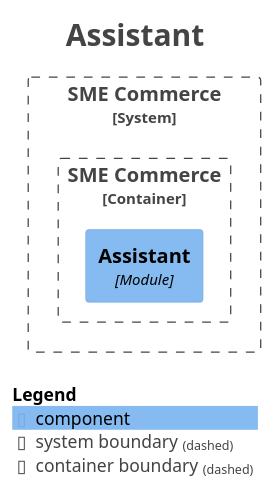
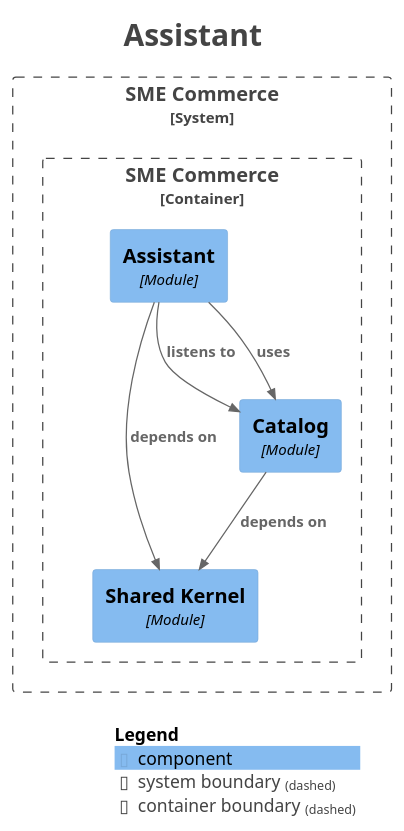
One commit to hezronokwach/sme-commerce-platform changed the diagram in docs/modules/module-assistant.puml. Above: the diagram before and after it, drawn with PlantUML. The commit also changed 14 other files, not shown here.

```diff
--- a/docs/modules/module-assistant.puml
+++ b/docs/modules/module-assistant.puml
@@ -1,27 +1,34 @@
 @startuml
 title <size:24>Assistant</size>
 
 set separator none
 top to bottom direction
 
 <style>
   root {
     BackgroundColor: #ffffff
     FontColor: #444444
   }
 </style>
 
 !include <C4/C4>
 !include <C4/C4_Context>
 !include <C4/C4_Component>
 
 System_Boundary("SMECommerce_boundary", "SME Commerce", $tags="") {
   Container_Boundary("SMECommerce.SMECommerce_boundary", "SME Commerce", $tags="") {
+    Component(SMECommerce.SMECommerce.SharedKernel, "Shared Kernel", $techn="Module", $descr="", $tags="", $link="")
+    Component(SMECommerce.SMECommerce.Catalog, "Catalog", $techn="Module", $descr="", $tags="", $link="")
     Component(SMECommerce.SMECommerce.Assistant, "Assistant", $techn="Module", $descr="", $tags="", $link="")
   }
 
 }
 
+Rel(SMECommerce.SMECommerce.Assistant, SMECommerce.SMECommerce.Catalog, "listens to", $techn="", $tags="", $link="")
+Rel(SMECommerce.SMECommerce.Assistant, SMECommerce.SMECommerce.SharedKernel, "depends on", $techn="", $tags="", $link="")
+Rel(SMECommerce.SMECommerce.Assistant, SMECommerce.SMECommerce.Catalog, "uses", $techn="", $tags="", $link="")
+Rel(SMECommerce.SMECommerce.Catalog, SMECommerce.SMECommerce.SharedKernel, "depends on", $techn="", $tags="", $link="")
+
 SHOW_LEGEND(true)
 hide stereotypes
 @enduml
```
